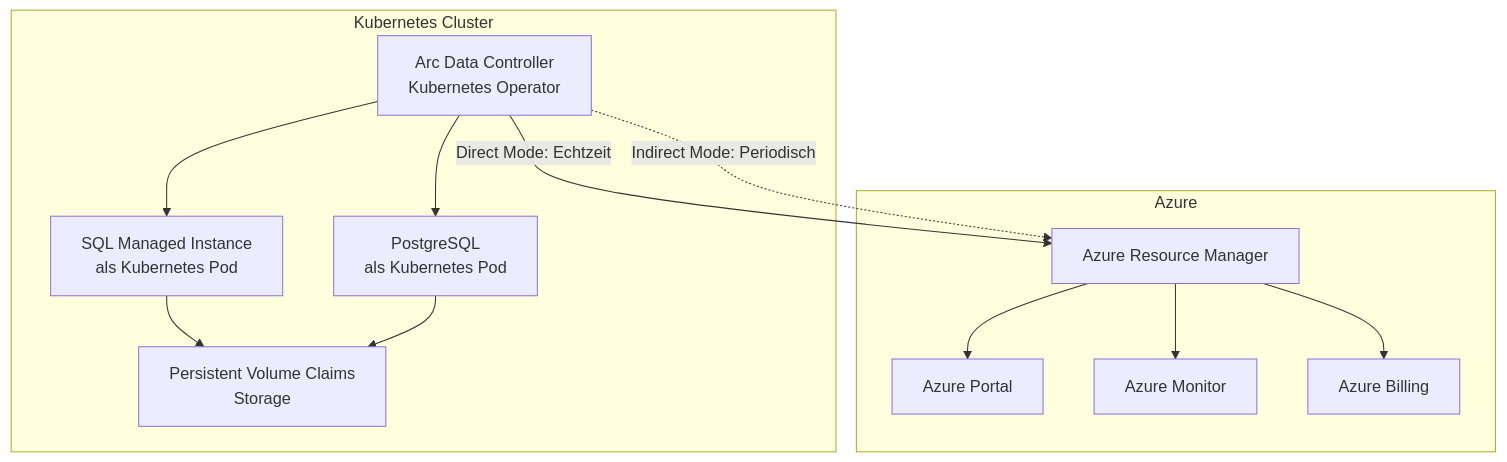
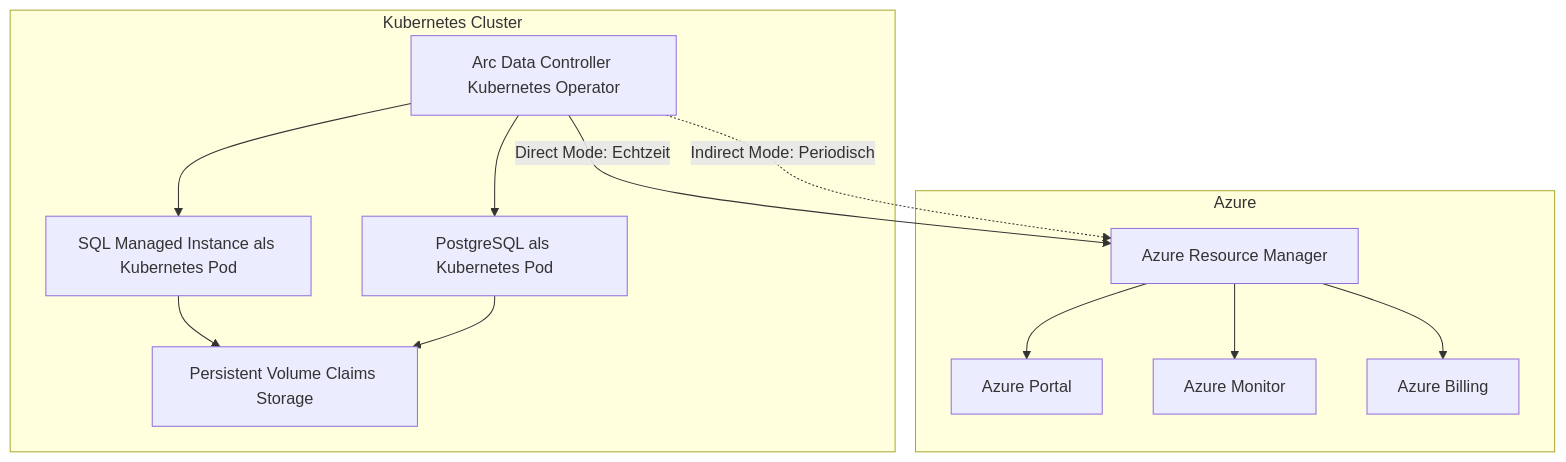
One commit to SoniiiT/notes-n-docs changed the first of 7 diagrams in Microsoft 365/Azure/Arc/Arc-enabled Data Services.md. Above: the diagram before and after it, drawn with Mermaid. The commit also changed other lines of this file and 124 other files, not shown here.

First line of the commit message:
fix: Entferne \n aus allen Mermaid-Diagrammen (125 Dateien)

````diff
--- a/Microsoft 365/Azure/Arc/Arc-enabled Data Services.md
+++ b/Microsoft 365/Azure/Arc/Arc-enabled Data Services.md
@@ -28,26 +28,26 @@
 ```mermaid
 graph TD
     subgraph Kubernetes Cluster
-        ADC[Arc Data Controller\nKubernetes Operator]
-        SQLMI[SQL Managed Instance\nals Kubernetes Pod]
-        PG[PostgreSQL\nals Kubernetes Pod]
-        PVC[Persistent Volume Claims\nStorage]
+        ADC[Arc Data Controller Kubernetes Operator]
+        SQLMI[SQL Managed Instance als Kubernetes Pod]
+        PG[PostgreSQL als Kubernetes Pod]
+        PVC[Persistent Volume Claims Storage]
     end
 
     subgraph Azure
         ARM[Azure Resource Manager]
         PORTAL[Azure Portal]
         MONITOR[Azure Monitor]
         BILLING[Azure Billing]
     end
 
     ADC -->|Direct Mode: Echtzeit| ARM
     ADC -.->|Indirect Mode: Periodisch| ARM
     ARM --> PORTAL
     ADC --> SQLMI
     ADC --> PG
     SQLMI --> PVC
     PG --> PVC
     ARM --> MONITOR
     ARM --> BILLING
 ```
````
